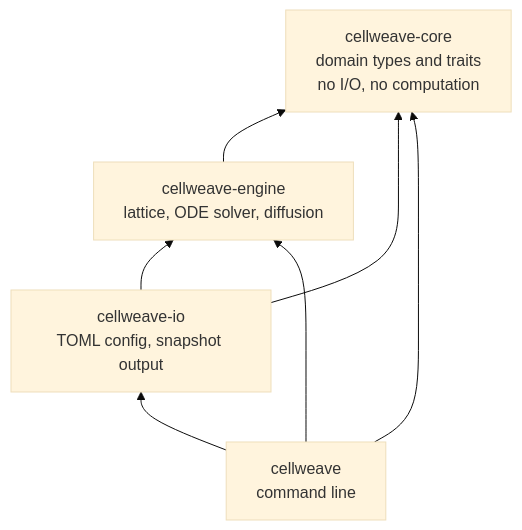
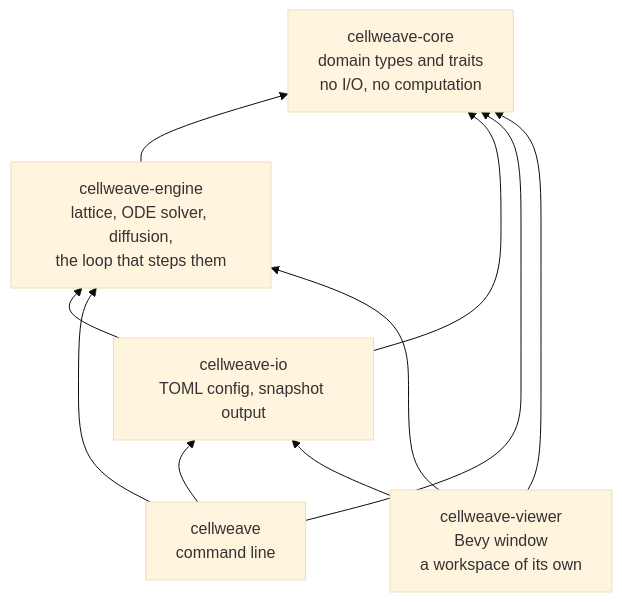
The third of 3 diagrams in README.md (ngodzik/cellweave), drawn with Mermaid (base theme) before and after one commit. The commit also changed other lines of this file and 16 other files, not shown here.

First line of the commit message:
Add a viewer that draws the tissue live, in a workspace of its own (#24)

````diff
--- a/README.md
+++ b/README.md
@@ -130,14 +145,18 @@
 ```mermaid
 flowchart BT
     core["cellweave-core<br/>domain types and traits<br/>no I/O, no computation"]
-    engine["cellweave-engine<br/>lattice, ODE solver, diffusion"]
+    engine["cellweave-engine<br/>lattice, ODE solver, diffusion,<br/>the loop that steps them"]
     io["cellweave-io<br/>TOML config, snapshot output"]
     bin["cellweave<br/>command line"]
+    viewer["cellweave-viewer<br/>Bevy window<br/>a workspace of its own"]
 
     engine --> core
     io --> core
     io --> engine
     bin --> core
     bin --> engine
     bin --> io
+    viewer --> core
+    viewer --> engine
+    viewer --> io
 ```
````
